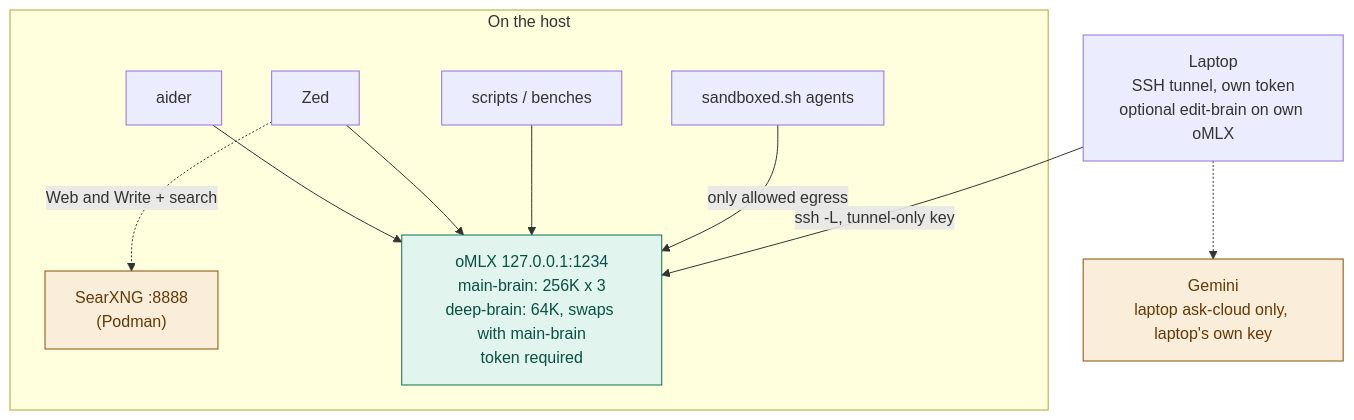
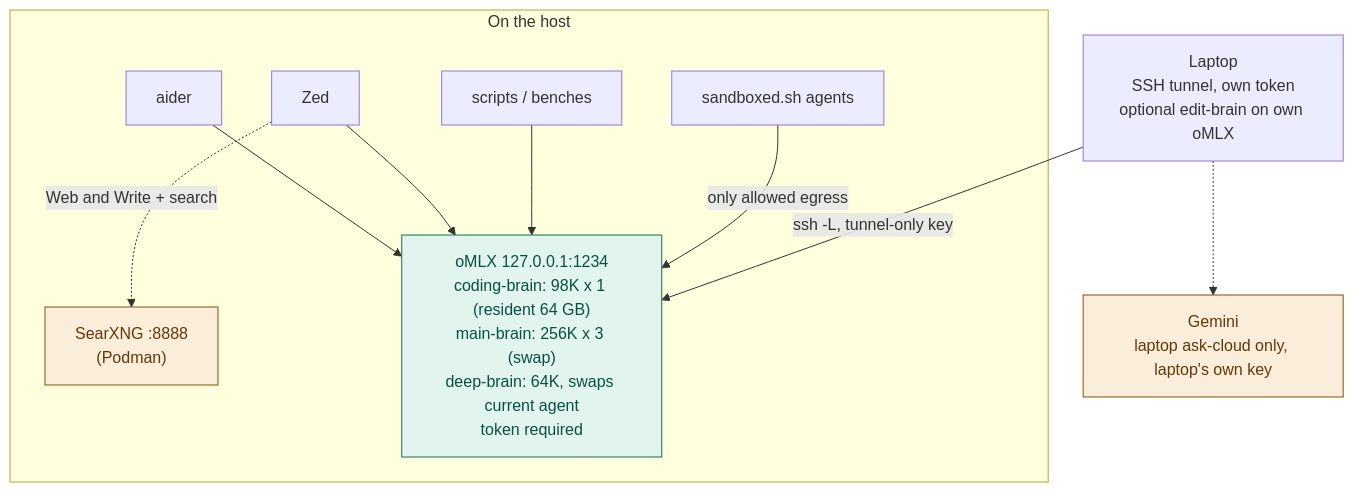
The first of 2 diagrams in docs/ARCHITECTURE.md (ouster/hearth), drawn with Mermaid before and after one commit. The commit also changed other lines of this file and 55 other files, not shown here.

First line of the commit message:
Make coding-brain the default 64 GB resident beside main-brain swap.

````diff
--- a/docs/ARCHITECTURE.md
+++ b/docs/ARCHITECTURE.md
@@ -10,27 +10,27 @@
 ```mermaid
 flowchart TB
     subgraph onHost["On the host"]
         aider["aider"]
         zed["Zed"]
         scripts["scripts / benches"]
         searx["SearXNG :8888<br/>(Podman)"]
         sbx["sandboxed.sh agents"]
-        srv["oMLX 127.0.0.1:1234<br/>main-brain: 256K x 3<br/>deep-brain: 64K, swaps with main-brain<br/>token required"]
+        srv["oMLX 127.0.0.1:1234<br/>coding-brain: 98K x 1 (resident 64 GB)<br/>main-brain: 256K x 3 (swap)<br/>deep-brain: 64K, swaps current agent<br/>token required"]
     end
 
     laptop["Laptop<br/>SSH tunnel, own token<br/>optional edit-brain on own oMLX"]
     cloud["Gemini<br/>laptop ask-cloud only, laptop's own key"]
 
     aider --> srv
     zed --> srv
     scripts --> srv
     zed -.->|"Web and Write + search"| searx
     sbx -->|"only allowed egress"| srv
     laptop -->|"ssh -L, tunnel-only key"| srv
     laptop -.-> cloud
 
     classDef localCls fill:#E1F5EE,stroke:#0F6E56,color:#085041
     classDef leaveCls fill:#FAEEDA,stroke:#854F0B,color:#633806
     class srv localCls
     class cloud,searx leaveCls
 ```
````
